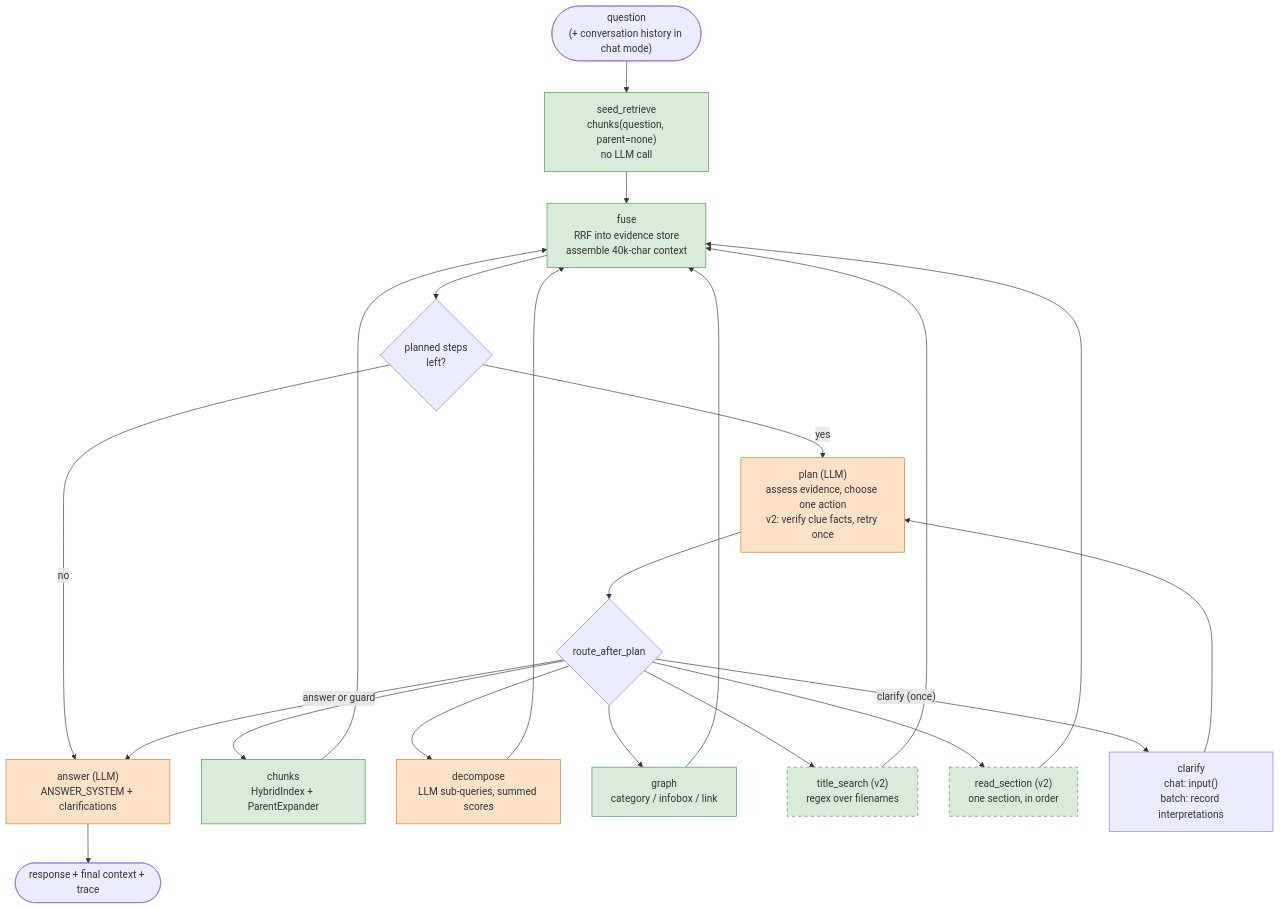
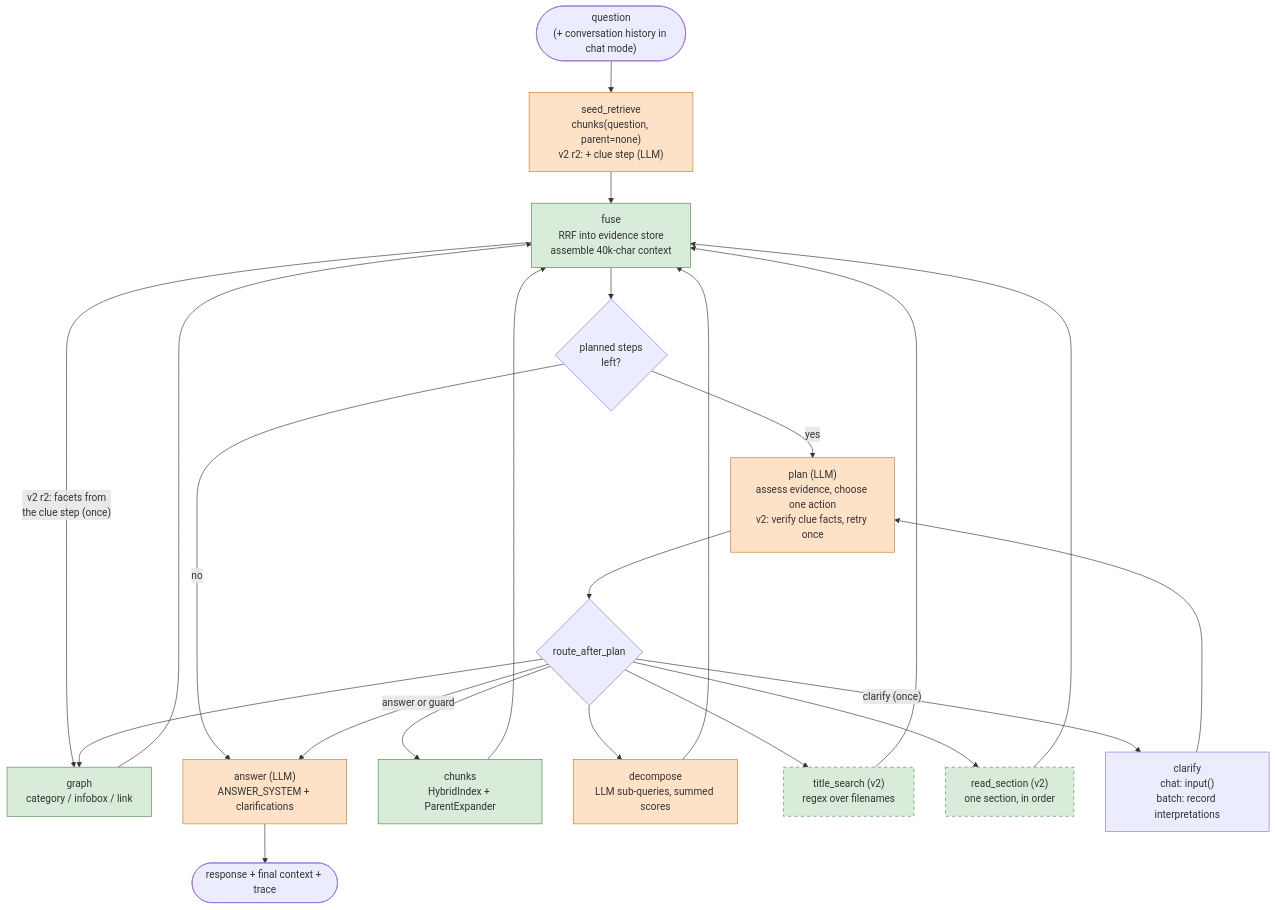
One commit to scampb06/MIT_RAG_Capstone changed the second of 2 diagrams in Checkpoint 5.1/capstone_checkpoint_5_1_agent_design.md. Above: the diagram before and after it, drawn with Mermaid. The commit also changed other lines of this file and 46 other files, not shown here.

````diff
--- a/Checkpoint 5.1/capstone_checkpoint_5_1_agent_design.md
+++ b/Checkpoint 5.1/capstone_checkpoint_5_1_agent_design.md
@@ -81,30 +99,31 @@
 ```mermaid
 flowchart TD
-    Q(["question<br/>(+ conversation history in chat mode)"]) --> SEED["seed_retrieve<br/>chunks(question, parent=none)<br/>no LLM call"]
+    Q(["question<br/>(+ conversation history in chat mode)"]) --> SEED["seed_retrieve<br/>chunks(question, parent=none)<br/>v2 r2: + clue step (LLM)"]
     SEED --> FUSE
-    FUSE["fuse<br/>RRF into evidence store<br/>assemble 40k-char context"] --> BUDGET{"planned steps<br/>left?"}
+    FUSE["fuse<br/>RRF into evidence store<br/>assemble 40k-char context"] -- "v2 r2: facets from<br/>the clue step (once)" --> GR
+    FUSE --> BUDGET{"planned steps<br/>left?"}
     BUDGET -- "yes" --> PLAN["plan (LLM)<br/>assess evidence, choose one action<br/>v2: verify clue facts, retry once"]
     BUDGET -- "no" --> ANS
     PLAN --> ROUTE{"route_after_plan"}
     ROUTE --> CH["chunks<br/>HybridIndex + ParentExpander"]
     ROUTE --> DE["decompose<br/>LLM sub-queries, summed scores"]
     ROUTE --> GR["graph<br/>category / infobox / link"]
     ROUTE --> TS["title_search (v2)<br/>regex over filenames"]
     ROUTE --> RS["read_section (v2)<br/>one section, in order"]
     ROUTE -- "clarify (once)" --> CL["clarify<br/>chat: input()<br/>batch: record interpretations"]
     CH --> FUSE
     DE --> FUSE
     GR --> FUSE
     TS --> FUSE
     RS --> FUSE
     CL --> PLAN
     ROUTE -- "answer or guard" --> ANS
     ANS["answer (LLM)<br/>ANSWER_SYSTEM + clarifications"] --> OUT(["response + final context + trace"])
 
     classDef llm fill:#fde2c8,stroke:#c77a2c
     classDef free fill:#d9ecd9,stroke:#4a8a4a
     classDef refine fill:#d9ecd9,stroke:#4a8a4a,stroke-dasharray: 5 5
-    class PLAN,DE,ANS llm
-    class SEED,CH,GR,FUSE free
+    class PLAN,DE,ANS,SEED llm
+    class CH,GR,FUSE free
     class TS,RS refine
 ```
````
